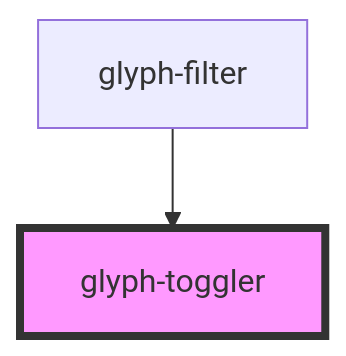
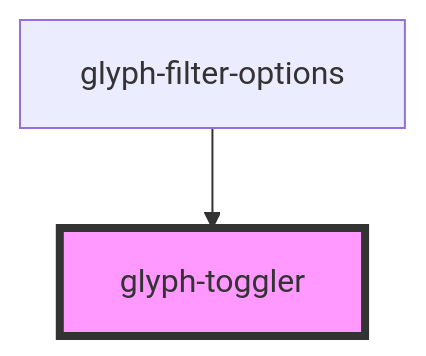
Before and after one commit to adrianiy/synth-ui: the diagram in packages/glyph-components/src/components/toggler/readme.md, drawn with Mermaid. The commit also changed other lines of this file and 37 other files, not shown here.

````diff
--- a/packages/glyph-components/src/components/toggler/readme.md
+++ b/packages/glyph-components/src/components/toggler/readme.md
@@ -23,5 +24,5 @@
 ```mermaid
 graph TD;
-  glyph-filter --> glyph-toggler
+  glyph-filter-options --> glyph-toggler
   style glyph-toggler fill:#f9f,stroke:#333,stroke-width:4px
 ```
````
